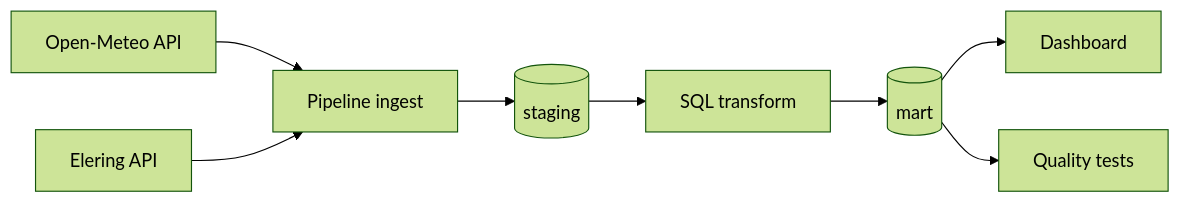
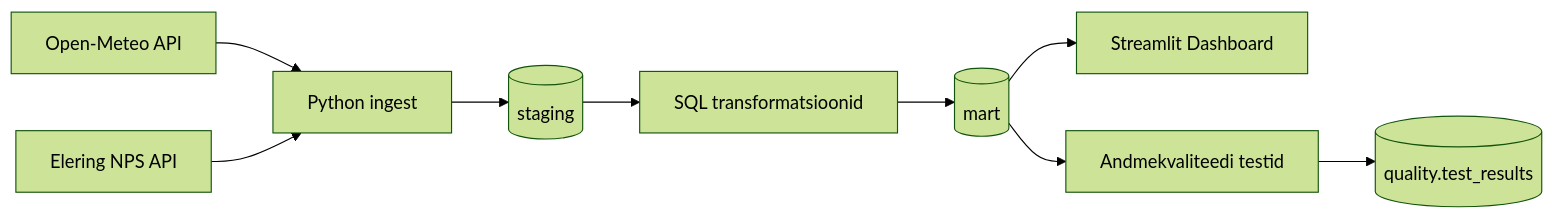
One commit to katlinpend/Elektritarbimise_optimeerimine_kasvuhoones changed the diagram in README.md. Above: the diagram before and after it, drawn with Mermaid (forest theme). The commit also changed other lines of this file, not shown here.

````diff
--- a/README.md
+++ b/README.md
@@ -127,17 +127,20 @@
 ```mermaid
 flowchart LR
     A[Open-Meteo API]
-    C[Elering API]
+    B[Elering NPS API]
 
-    A --> B[Pipeline ingest]
-    C --> B
+    A --> C[Python ingest]
+    B --> C
 
-    B --> D[(staging)]
+    C --> D[(staging)]
 
-    D --> E[SQL transform]
+    D --> E[SQL transformatsioonid]
 
     E --> F[(mart)]
 
-    F --> G[Dashboard]
-    F --> H[Quality tests]
+    F --> G[Streamlit Dashboard]
+
+    F --> H[Andmekvaliteedi testid]
+
+    H --> I[(quality.test_results)]
 ```
````
